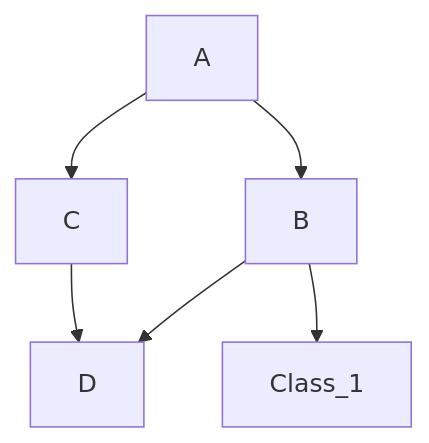
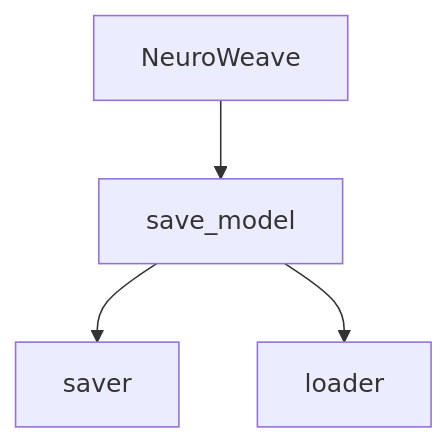
One commit to stas-gatin/NeuroWeave changed the diagram in README.md. Above: the diagram before and after it, drawn with Mermaid.

````diff
--- a/README.md
+++ b/README.md
@@ -46,8 +46,6 @@
 ```mermaid
 graph TD;
-    A-->B;
-    A-->C;
-    B-->D
-    B-->Class_1;
-    C-->D;
+    NeuroWeave-->save_model;
+    save_model-->saver;
+    save_model-->loader;
 ```
````
